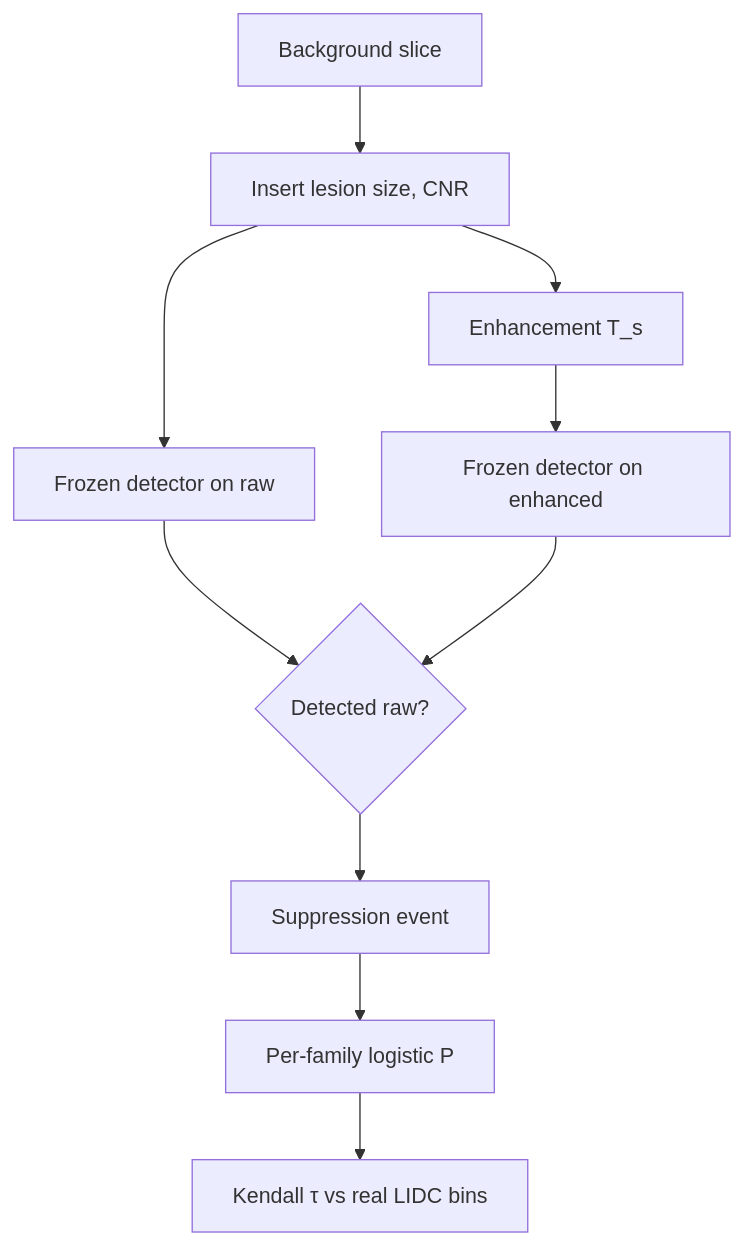
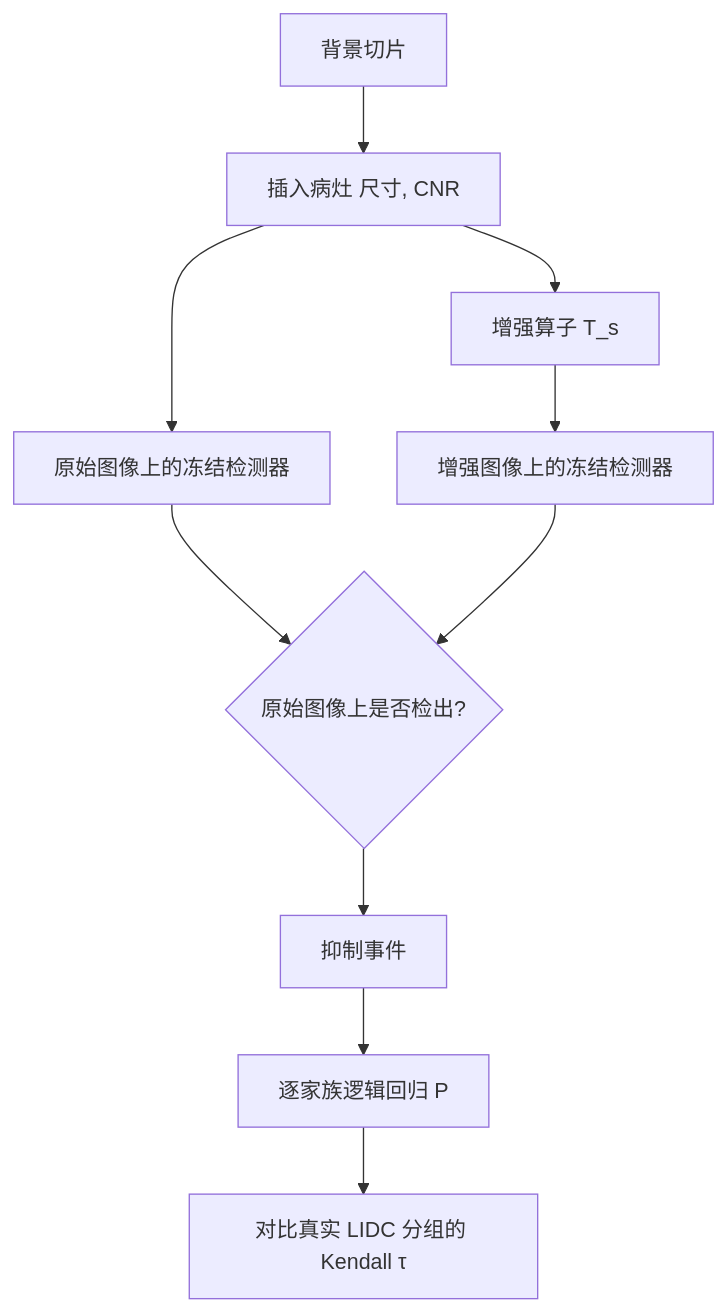
One commit to songkang688/idea changed the diagram in Windows1/Idea_02/diagrams/architecture.md. Above: the diagram before and after it, drawn with Mermaid. The commit also changed other lines of this file and 36 other files, not shown here.

````diff
--- a/Windows1/Idea_02/diagrams/architecture.md
+++ b/Windows1/Idea_02/diagrams/architecture.md
@@ -3,12 +3,12 @@
 ```mermaid
 flowchart TB
-  BG[Background slice] --> Ins[Insert lesion size, CNR]
-  Ins --> T[Enhancement T_s]
-  Ins --> D0[Frozen detector on raw]
-  T --> D1[Frozen detector on enhanced]
-  D0 --> Cmp{Detected raw?}
+  BG[背景切片] --> Ins[插入病灶 尺寸, CNR]
+  Ins --> T[增强算子 T_s]
+  Ins --> D0[原始图像上的冻结检测器]
+  T --> D1[增强图像上的冻结检测器]
+  D0 --> Cmp{原始图像上是否检出?}
   D1 --> Cmp
-  Cmp --> S[Suppression event]
-  S --> Fit[Per-family logistic P]
-  Fit --> Tau[Kendall τ vs real LIDC bins]
+  Cmp --> S[抑制事件]
+  S --> Fit[逐家族逻辑回归 P]
+  Fit --> Tau[对比真实 LIDC 分组的 Kendall τ]
 ```
````
